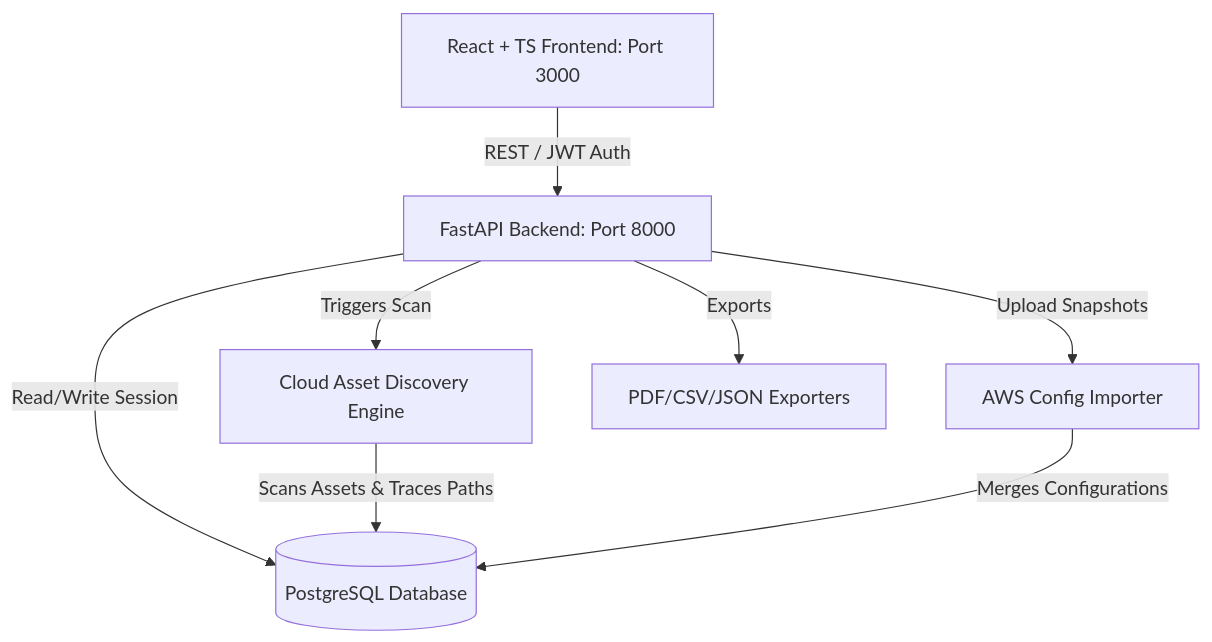
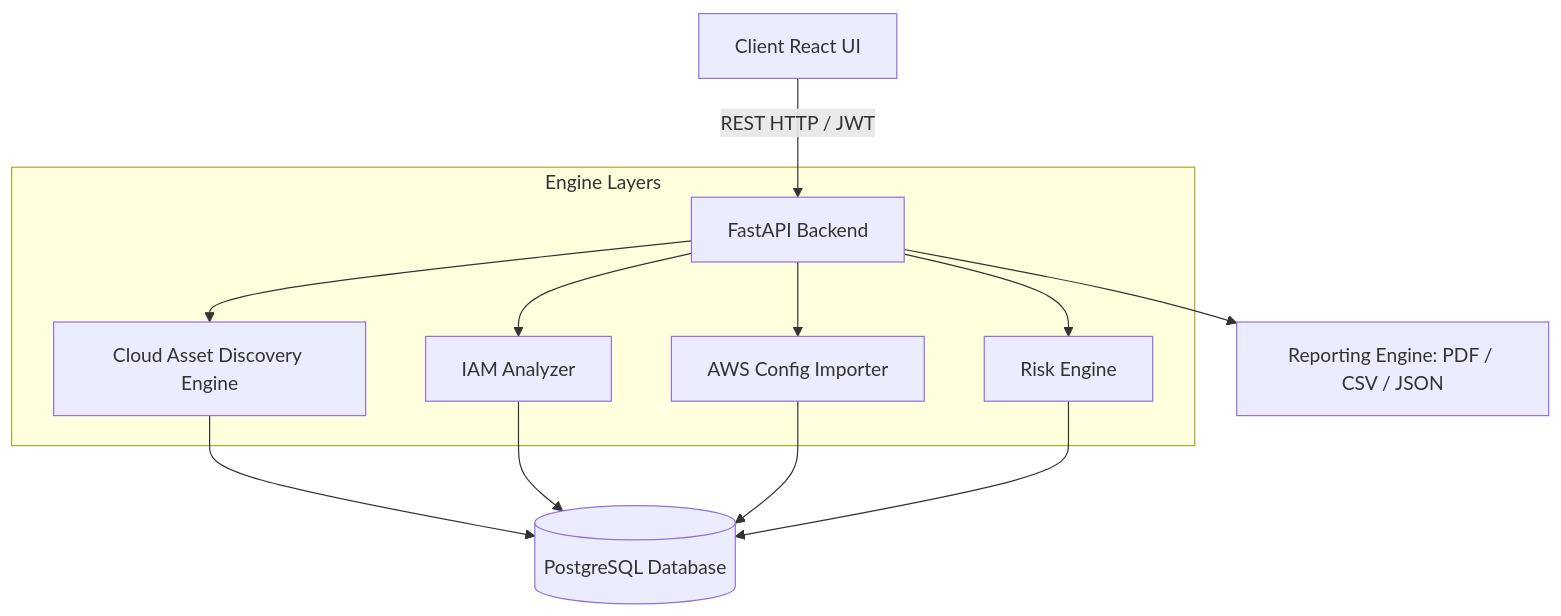
The diagram in README.md (Open2445/cloud-security-posture-management), drawn with Mermaid before and after one commit. The commit also changed other lines of this file and 11 other files, not shown here.

````diff
--- a/README.md
+++ b/README.md
@@ -11,10 +11,18 @@
 ```mermaid
-graph TD
-    Client[React + TS Frontend: Port 3000] -->|REST / JWT Auth| API[FastAPI Backend: Port 8000]
-    API -->|Read/Write Session| DB[(PostgreSQL Database)]
-    API -->|Triggers Scan| Engine[Cloud Asset Discovery Engine]
-    Engine -->|Scans Assets & Traces Paths| DB
-    API -->|Upload Snapshots| Importer[AWS Config Importer]
-    Importer -->|Merges Configurations| DB
-    API -->|Exports| ReportGen[PDF/CSV/JSON Exporters]
+flowchart TD
+    Frontend[Client React UI] -->|REST HTTP / JWT| Backend[FastAPI Backend]
+    
+    subgraph Engine Layers
+        Backend --> Discovery[Cloud Asset Discovery Engine]
+        Backend --> IAM[IAM Analyzer]
+        Backend --> Importer[AWS Config Importer]
+        Backend --> Risk[Risk Engine]
+    end
+    
+    Discovery --> DB[(PostgreSQL Database)]
+    IAM --> DB
+    Importer --> DB
+    Risk --> DB
+    
+    Backend --> Exporters[Reporting Engine: PDF / CSV / JSON]
 ```
````
